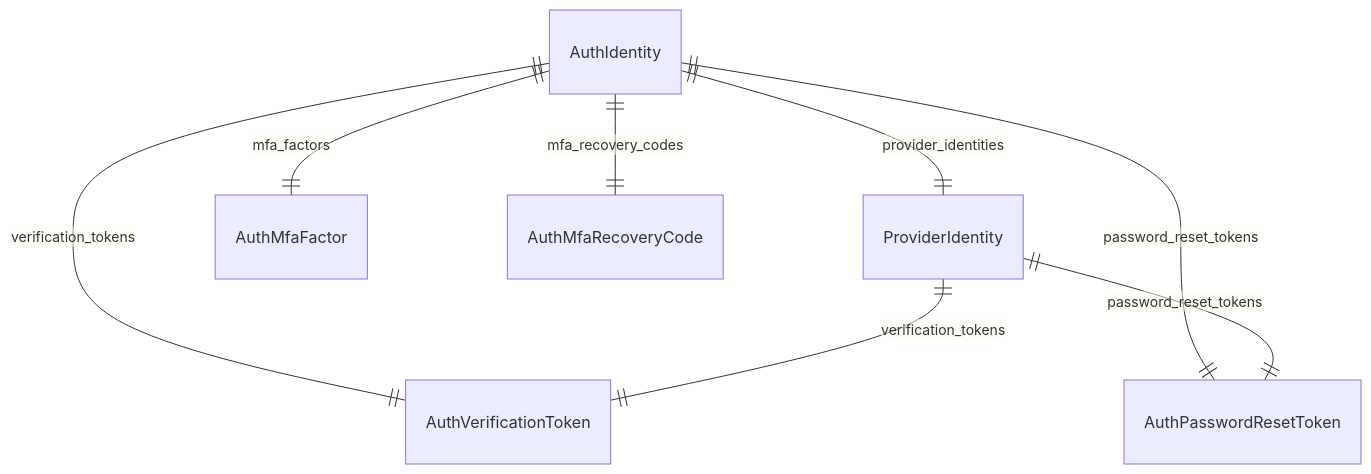
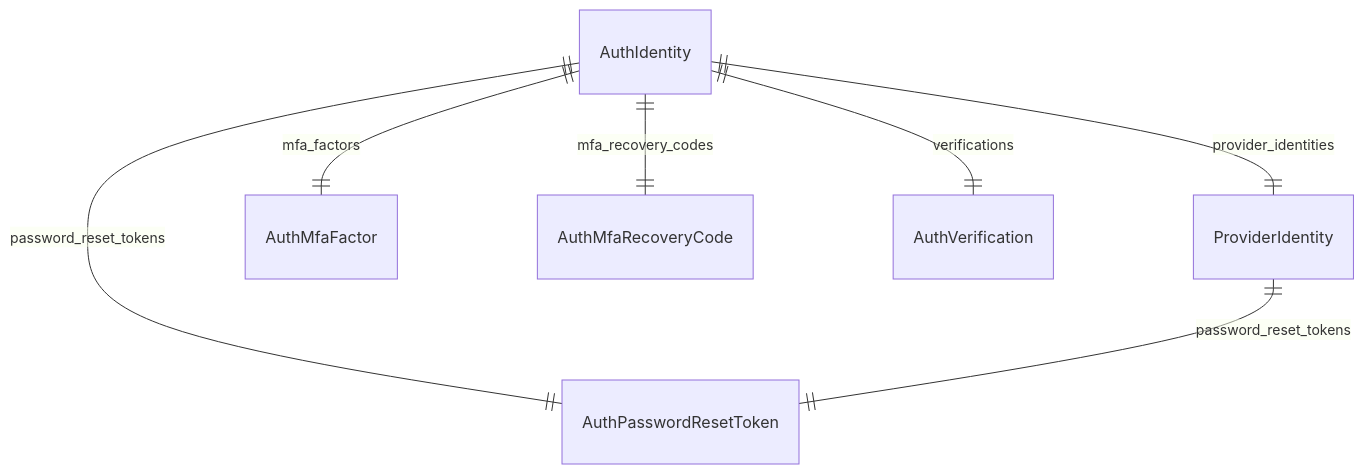
The diagram in www/apps/resources/references/modules/auth_models/page.mdx (medusajs/medusa), drawn with Mermaid before and after one commit. The commit also changed other lines of this file and 931 other files, not shown here.

````diff
--- a/www/apps/resources/references/modules/auth_models/page.mdx
+++ b/www/apps/resources/references/modules/auth_models/page.mdx
@@ -14,11 +14,10 @@
 ```mermaid
 erDiagram
 	AuthIdentity ||--|| ProviderIdentity : provider_identities
 	AuthIdentity ||--|| AuthMfaFactor : mfa_factors
 	AuthIdentity ||--|| AuthMfaRecoveryCode : mfa_recovery_codes
-	AuthIdentity ||--|| AuthVerificationToken : verification_tokens
+	AuthIdentity ||--|| AuthVerification : verifications
 	AuthIdentity ||--|| AuthPasswordResetToken : password_reset_tokens
-	ProviderIdentity ||--|| AuthVerificationToken : verification_tokens
 	ProviderIdentity ||--|| AuthPasswordResetToken : password_reset_tokens
 
 ```
````
